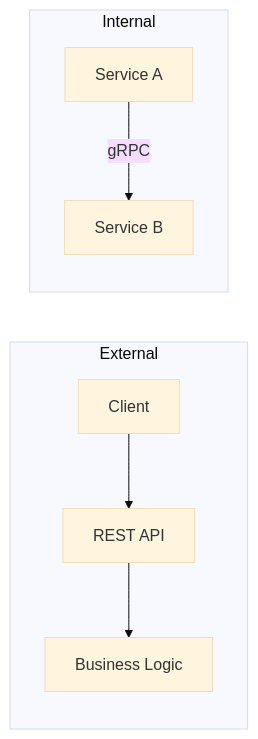
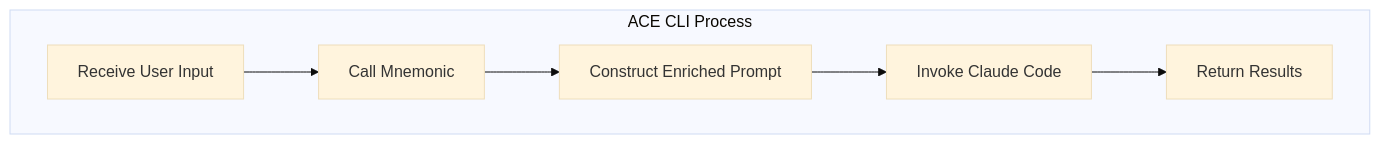
Before and after one commit to twistingmercury/mnemonic-mcp: the second of 5 diagrams in docs/architecture/02-architectural-decisions.md, drawn with Mermaid (base theme). The commit also changed other lines of this file and 28 other files, not shown here.

Commit message:
architecture v2

````diff
--- a/docs/architecture/02-architectural-decisions.md
+++ b/docs/architecture/02-architectural-decisions.md
@@ -101,9 +133,12 @@
 ```mermaid
-flowchart LR
-    subgraph External
-        Client --> REST[REST API] --> BL[Business Logic]
+graph TB
+    subgraph "ACE CLI Process"
+        A[Receive User Input]
+        B[Call Mnemonic]
+        C[Construct Enriched Prompt]
+        D[Invoke Claude Code]
+        E[Return Results]
     end
-    subgraph Internal
-        A[Service A] -->|gRPC| B[Service B]
-    end
+
+    A --> B --> C --> D --> E
 ```
````
